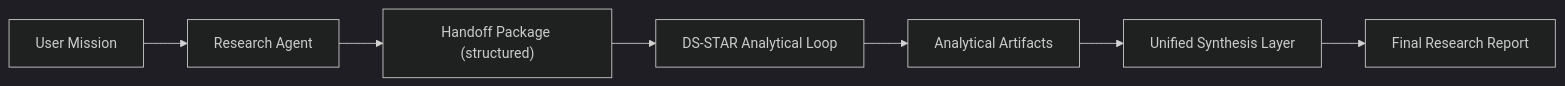
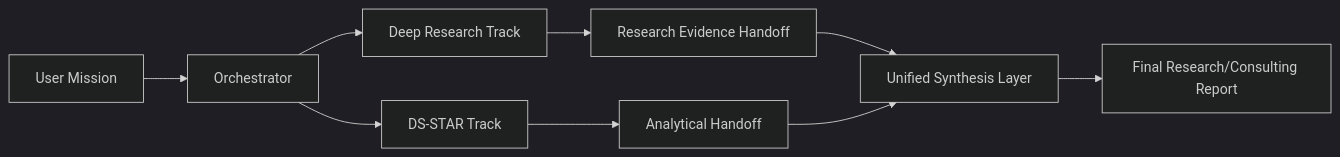
Before and after one commit to ArianScripter33/Research-Repo: the diagram in docs/INTEGRATION_BENCHMARK_PLAN.md, drawn with Mermaid (dark theme). The commit also changed other lines of this file and 3 other files, not shown here.

Commit message:
Switch to parallel Deep Research and DS-STAR collaboration model

````diff
--- a/docs/INTEGRATION_BENCHMARK_PLAN.md
+++ b/docs/INTEGRATION_BENCHMARK_PLAN.md
@@ -15,9 +15,11 @@
 ```mermaid
 flowchart LR
-    U["User Mission"] --> R["Research Agent"]
-    R --> H["Handoff Package (structured)"]
-    H --> D["DS-STAR Analytical Loop"]
-    D --> A["Analytical Artifacts"]
-    A --> S["Unified Synthesis Layer"]
-    S --> O["Final Research Report"]
+    U["User Mission"] --> O["Orchestrator"]
+    O --> DR["Deep Research Track"]
+    O --> DS["DS-STAR Track"]
+    DR --> HP1["Research Evidence Handoff"]
+    DS --> HP2["Analytical Handoff"]
+    HP1 --> S["Unified Synthesis Layer"]
+    HP2 --> S
+    S --> O2["Final Research/Consulting Report"]
 ```
````
